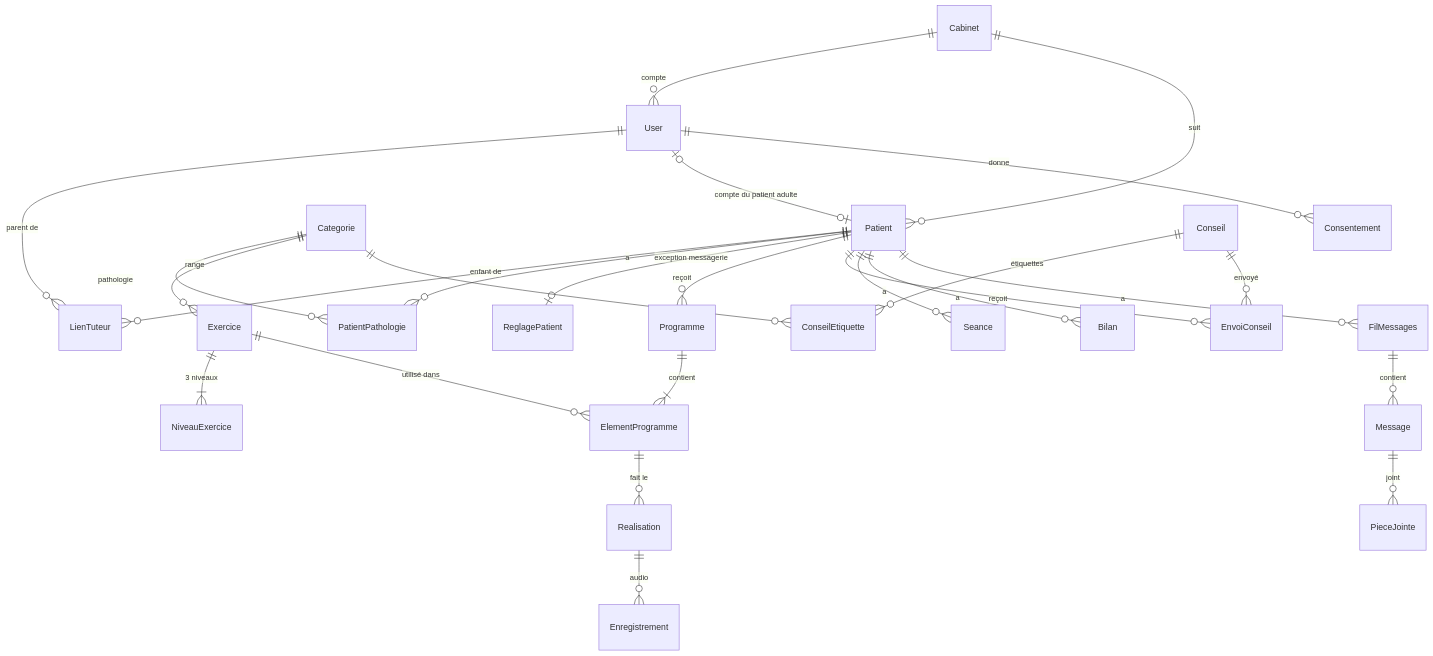
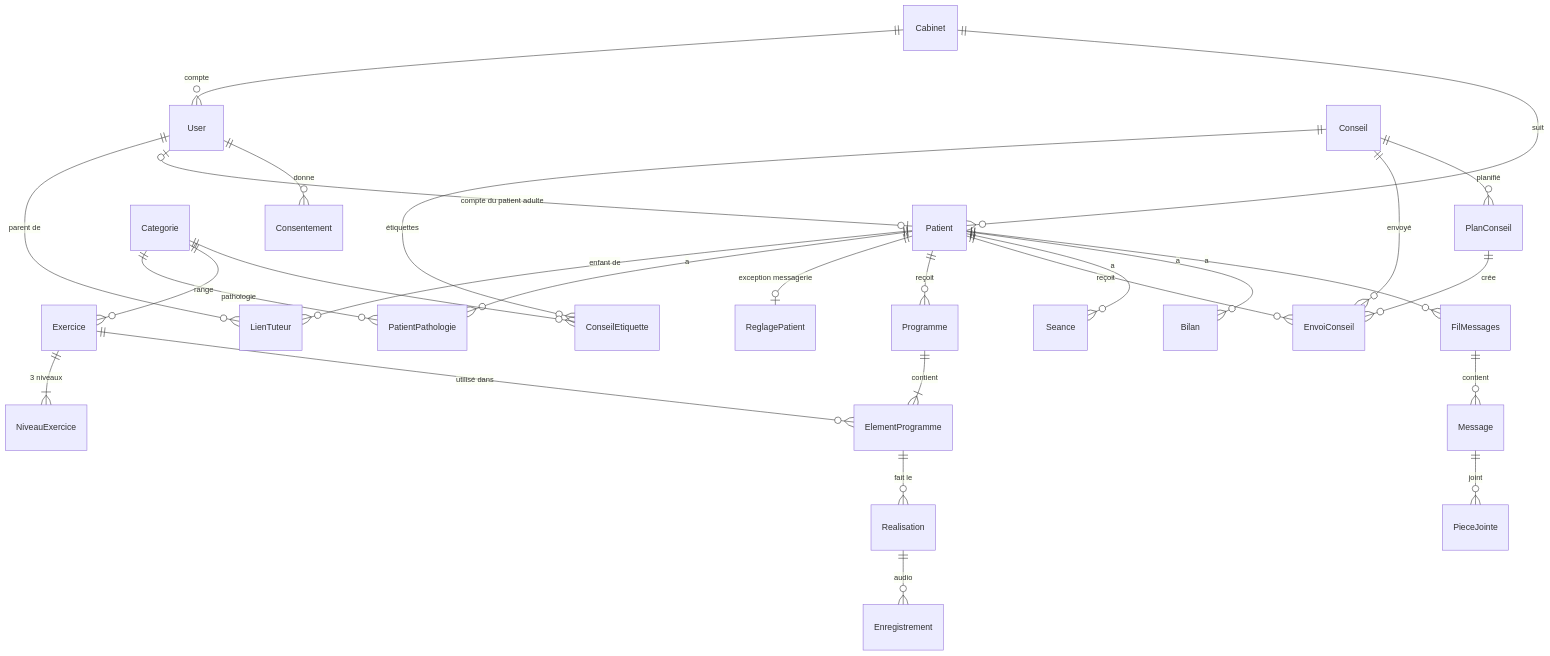
Before and after one commit to linayassine0204-svg/ortho0204: the diagram in docs/BASE_DE_DONNEES.md, drawn with Mermaid. The commit also changed other lines of this file and 5 other files, not shown here.

````diff
--- a/docs/BASE_DE_DONNEES.md
+++ b/docs/BASE_DE_DONNEES.md
@@ -7,28 +7,30 @@
 ```mermaid
 erDiagram
     Cabinet ||--o{ User : "compte"
     Cabinet ||--o{ Patient : "suit"
     User ||--o{ LienTuteur : "parent de"
     Patient ||--o{ LienTuteur : "enfant de"
     User |o--o| Patient : "compte du patient adulte"
     Patient ||--o{ PatientPathologie : "a"
     Categorie ||--o{ PatientPathologie : "pathologie"
     Patient ||--o| ReglagePatient : "exception messagerie"
     User ||--o{ Consentement : "donne"
     Categorie ||--o{ Exercice : "range"
     Exercice ||--|{ NiveauExercice : "3 niveaux"
     Patient ||--o{ Programme : "reçoit"
     Programme ||--|{ ElementProgramme : "contient"
     Exercice ||--o{ ElementProgramme : "utilisé dans"
     ElementProgramme ||--o{ Realisation : "fait le"
     Realisation ||--o{ Enregistrement : "audio"
     Conseil ||--o{ ConseilEtiquette : "étiquettes"
     Categorie ||--o{ ConseilEtiquette : ""
     Conseil ||--o{ EnvoiConseil : "envoyé"
     Patient ||--o{ EnvoiConseil : "reçoit"
+    Conseil ||--o{ PlanConseil : "planifié"
+    PlanConseil ||--o{ EnvoiConseil : "crée"
     Patient ||--o{ Seance : "a"
     Patient ||--o{ Bilan : "a"
     Patient ||--o{ FilMessages : "a"
     FilMessages ||--o{ Message : "contient"
     Message ||--o{ PieceJointe : "joint"
 ```
````
